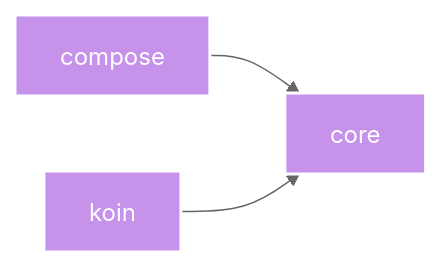
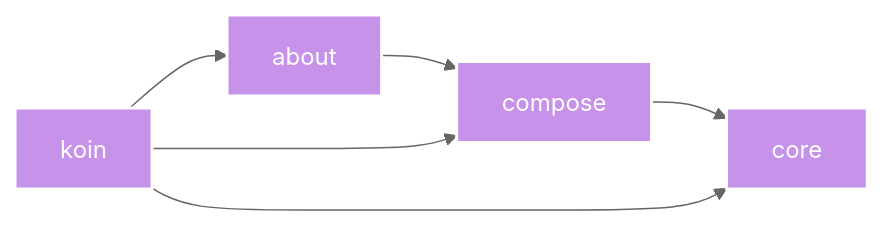
Before and after one commit to yasanglass/toolkit: the diagram in kotlin-multiplatform/README.md, drawn with Mermaid. The commit also changed 13 other files, not shown here.

````diff
--- a/kotlin-multiplatform/README.md
+++ b/kotlin-multiplatform/README.md
@@ -3,21 +3,29 @@
 ```mermaid
 %%{
   init: {
     'theme': 'neutral'
   }
 }%%
 
 graph LR
+  :about["about"]
+  :compose["compose"]
   :compose["compose"]
   :core["core"]
   :koin["koin"]
+  :about["about"]
+  :core["core"]
 
+  :about --> :compose
   :compose --> :core
+  :koin --> :about
+  :koin --> :compose
   :koin --> :core
 
 classDef kotlin-multiplatform fill:#C792EA,stroke:#fff,stroke-width:2px,color:#fff;
+class :about kotlin-multiplatform
 class :compose kotlin-multiplatform
 class :core kotlin-multiplatform
 class :koin kotlin-multiplatform
 
 ```
````
